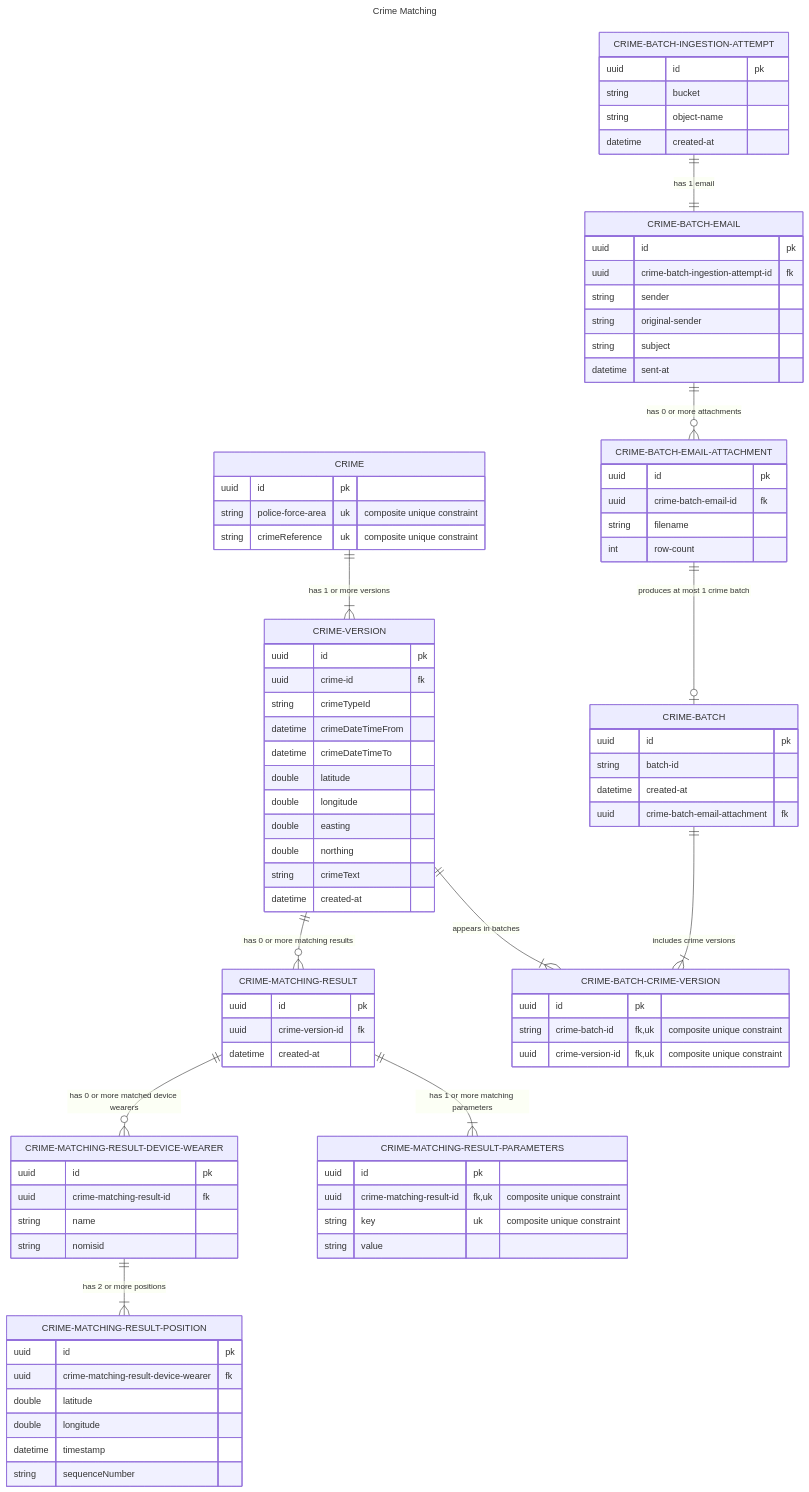
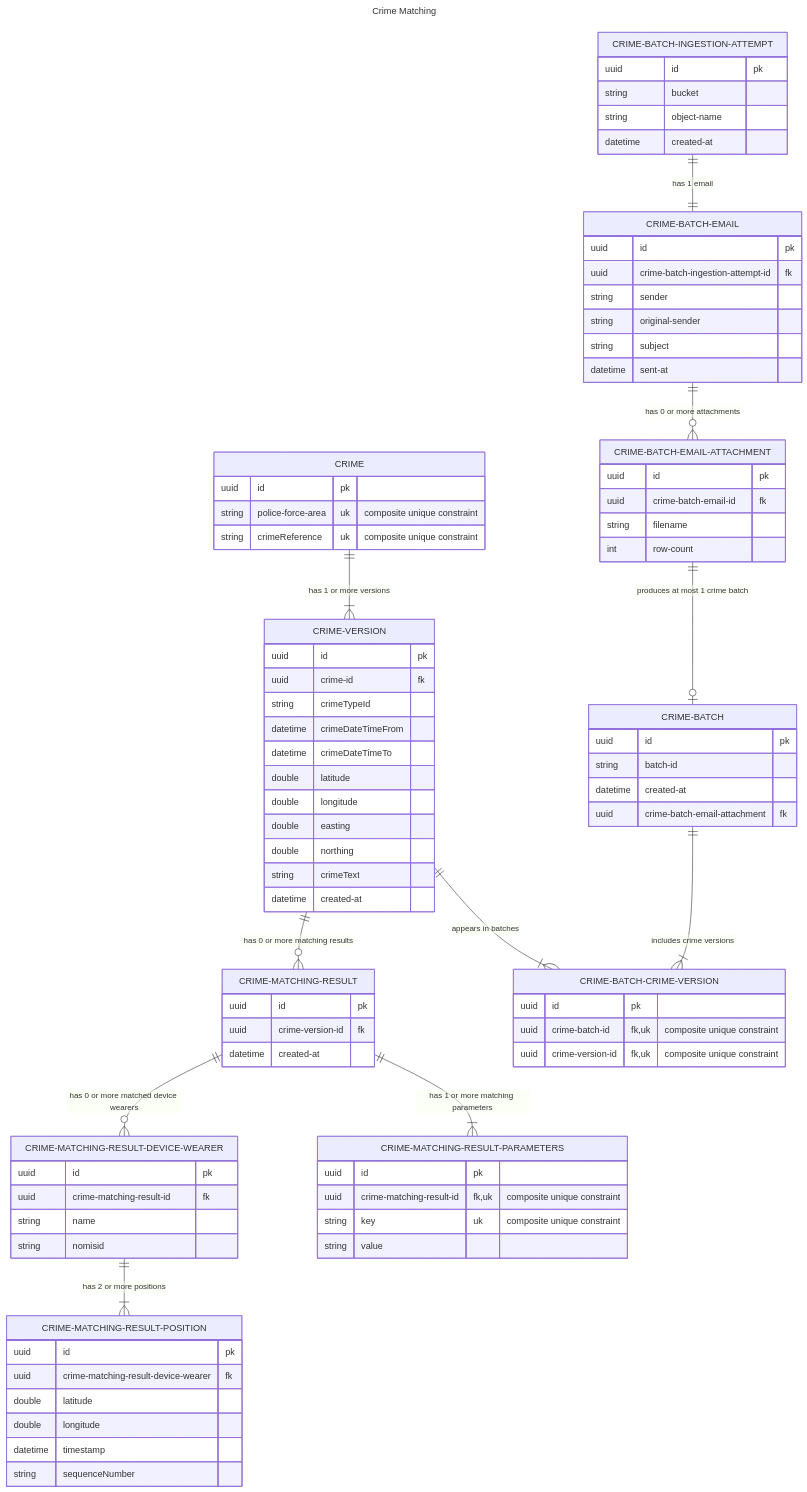
Before and after one commit to ministryofjustice/hmpps-electronic-monitoring-crime-matching-api: the diagram in docs/model.mmd, drawn with Mermaid. The commit also changed 18 other files, not shown here.

```diff
--- a/docs/model.mmd
+++ b/docs/model.mmd
@@ -1,104 +1,104 @@
 ---
 title: Crime Matching
 ---
 erDiagram 
     %% Domain
     CRIME 1 to 1+ CRIME-VERSION : "has 1 or more versions"
     CRIME-VERSION 1 to 0+ CRIME-MATCHING-RESULT : "has 0 or more matching results"
     CRIME-BATCH 1 to 1+ CRIME-BATCH-CRIME-VERSION : "includes crime versions"
     CRIME-VERSION 1 to 1+ CRIME-BATCH-CRIME-VERSION : "appears in batches"
 
     %% Ingestion
     CRIME-BATCH-EMAIL-ATTACHMENT 1 to zero or one CRIME-BATCH : "produces at most 1 crime batch"
     CRIME-BATCH-INGESTION-ATTEMPT 1 to 1 CRIME-BATCH-EMAIL : "has 1 email"
     CRIME-BATCH-EMAIL 1 to 0+ CRIME-BATCH-EMAIL-ATTACHMENT : "has 0 or more attachments"
 
     %% Matching
     CRIME-MATCHING-RESULT 1 to 0+ CRIME-MATCHING-RESULT-DEVICE-WEARER : "has 0 or more matched device wearers"
     CRIME-MATCHING-RESULT 1 to 1+ CRIME-MATCHING-RESULT-PARAMETERS : "has 1 or more matching parameters"
     CRIME-MATCHING-RESULT-DEVICE-WEARER 1 to 1+ CRIME-MATCHING-RESULT-POSITION : "has 2 or more positions"
 
     CRIME-BATCH {
         uuid id pk
         string batch-id
         datetime created-at
         uuid crime-batch-email-attachment fk
     }
 
     CRIME-BATCH-CRIME-VERSION {
         uuid id pk
-        string crime-batch-id fk, uk "composite unique constraint"
+        uuid crime-batch-id fk, uk "composite unique constraint"
         uuid crime-version-id fk, uk "composite unique constraint"
     }
 
     CRIME-BATCH-INGESTION-ATTEMPT {
         uuid id pk
         string bucket
         string object-name
         datetime created-at
     }
 
     CRIME-BATCH-EMAIL {
         uuid id pk
         uuid crime-batch-ingestion-attempt-id fk
         string sender
         string original-sender
         string subject
         datetime sent-at
     }
 
     CRIME-BATCH-EMAIL-ATTACHMENT {
         uuid id pk
         uuid crime-batch-email-id fk
         string filename
         int row-count
     }
 
     CRIME {
         uuid id pk
         string police-force-area uk "composite unique constraint"
         string crimeReference uk "composite unique constraint"
     }
 
     CRIME-VERSION {
         uuid id pk
         uuid crime-id fk
         string crimeTypeId
         datetime crimeDateTimeFrom
         datetime crimeDateTimeTo
         double latitude
         double longitude
         double easting
         double northing
         string crimeText
         datetime created-at
     }
 
     CRIME-MATCHING-RESULT {
         uuid id pk
         uuid crime-version-id fk
         datetime created-at
     }
 
     CRIME-MATCHING-RESULT-PARAMETERS {
         uuid id pk
         uuid crime-matching-result-id fk, uk "composite unique constraint"
         string key uk "composite unique constraint"
         string value
     }
 
     CRIME-MATCHING-RESULT-DEVICE-WEARER {
         uuid id pk
         uuid crime-matching-result-id fk
         string name
         string nomisid
     }
 
     CRIME-MATCHING-RESULT-POSITION {
         uuid id pk
         uuid crime-matching-result-device-wearer fk
         double latitude
         double longitude
         datetime timestamp
         string sequenceNumber
     }
```
